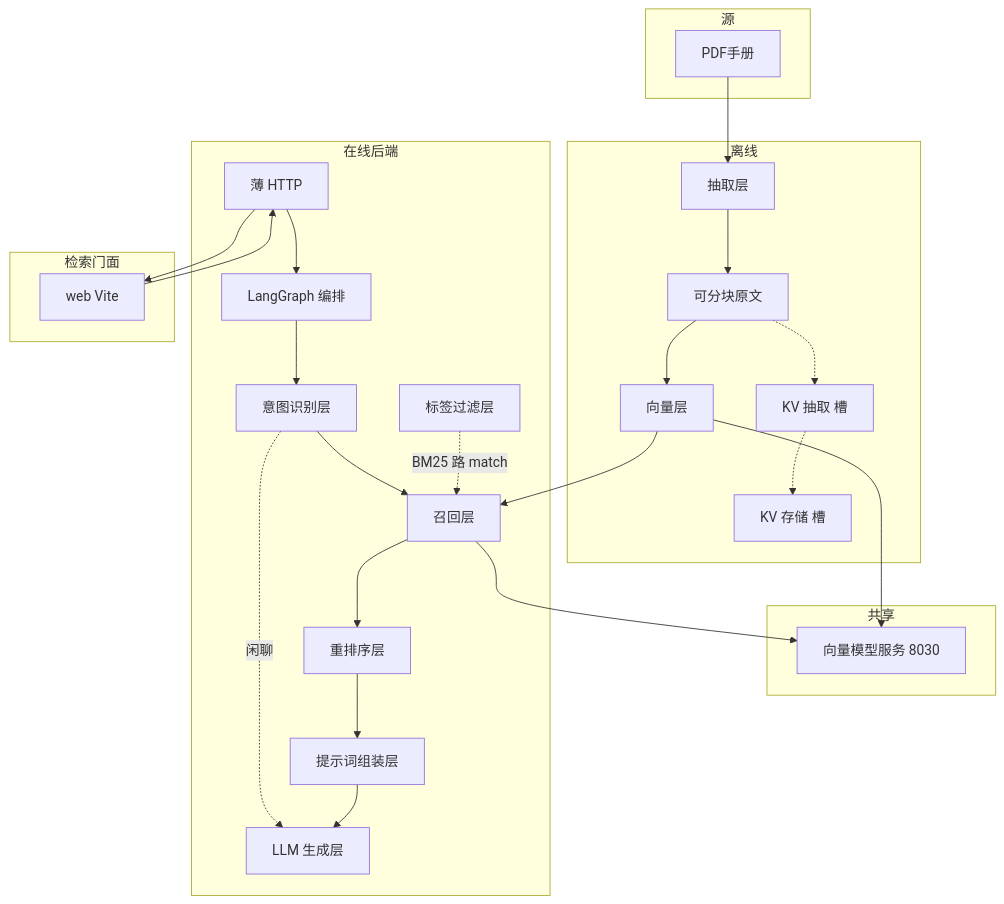
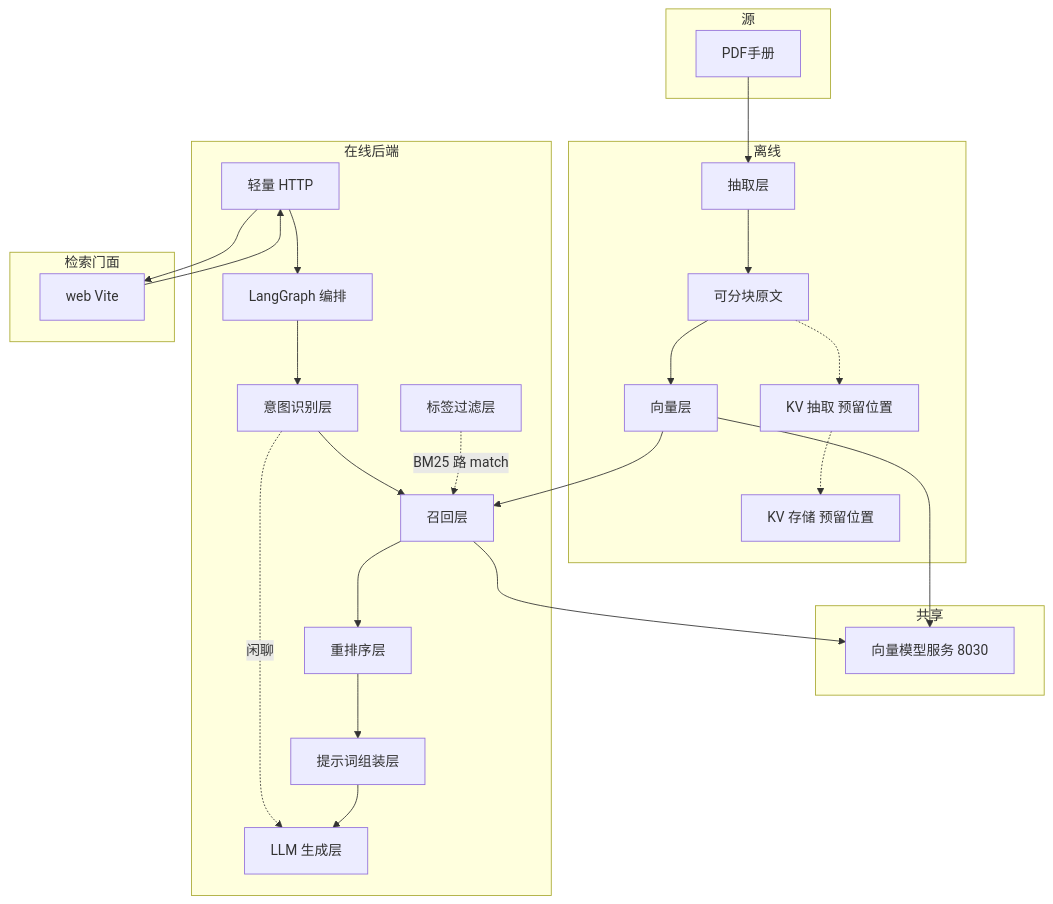
One commit to moye233057/BookNav-RAG changed the first of 3 diagrams in docs/architecture.md. Above: the diagram before and after it, drawn with Mermaid. The commit also changed other lines of this file and 60 other files, not shown here.

````diff
--- a/docs/architecture.md
+++ b/docs/architecture.md
@@ -47,47 +47,47 @@
 ```mermaid
 flowchart TB
   subgraph sources [源]
     PDF[PDF手册]
   end
 
   subgraph offline [离线]
     EX[抽取层]
     CS[可分块原文]
     VEC[向量层]
-    KVX[KV 抽取 槽]
-    KVST[KV 存储 槽]
+    KVX[KV 抽取 预留位置]
+    KVST[KV 存储 预留位置]
   end
 
   subgraph shared [共享]
     EMBS[向量模型服务 8030]
   end
 
   subgraph online [在线后端]
-    HTTP[薄 HTTP]
+    HTTP[轻量 HTTP]
     G[LangGraph 编排]
     INT[意图识别层]
     FIL[标签过滤层]
     REC[召回层]
     RR[重排序层]
     PR[提示词组装层]
     GEN[LLM 生成层]
   end
 
   subgraph facade [检索门面]
     WEB[web Vite]
   end
 
   PDF --> EX
   EX --> CS --> VEC
   CS -.-> KVX -.-> KVST
   VEC --> EMBS
   HTTP --> G --> INT
   INT --> REC
   FIL -.->|BM25 路 match| REC
   INT -.->|闲聊| GEN
   VEC --> REC
   REC --> EMBS
   REC --> RR --> PR --> GEN
   WEB --> HTTP
   HTTP --> WEB
 ```
````
